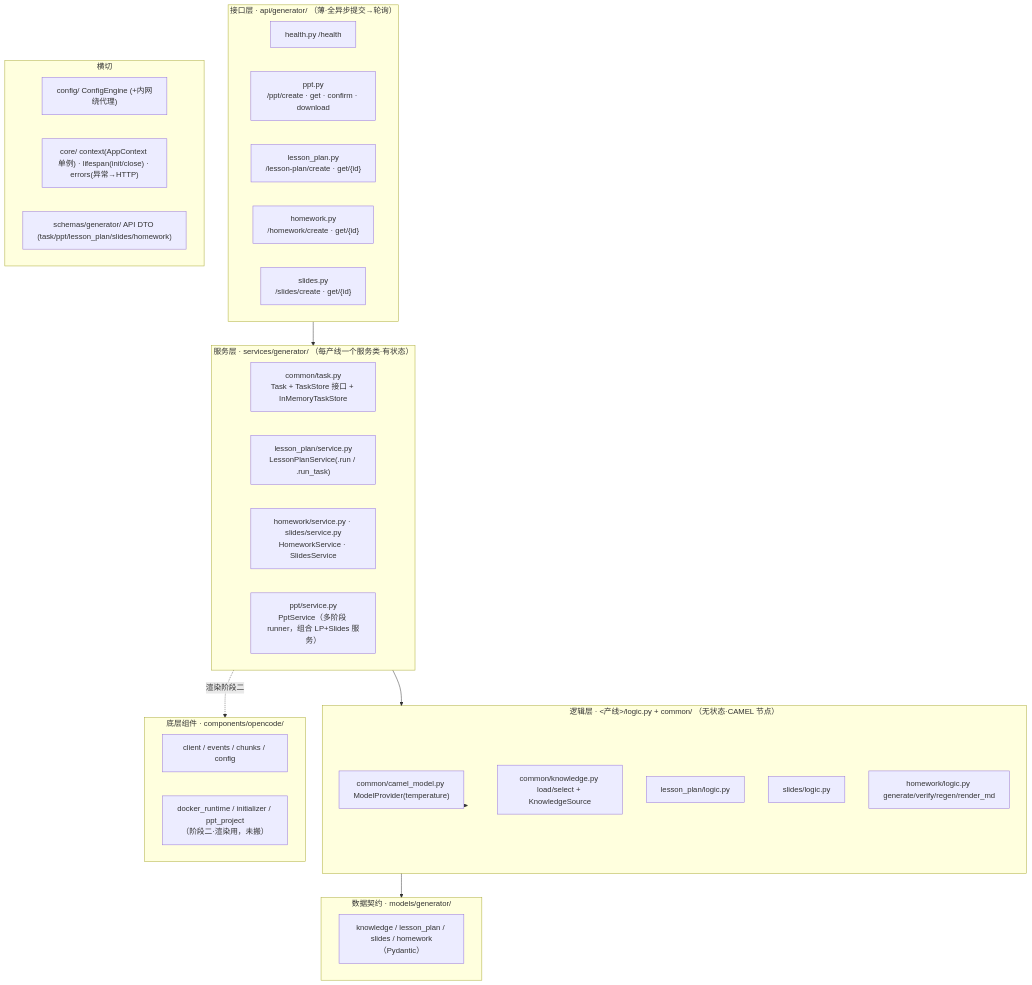
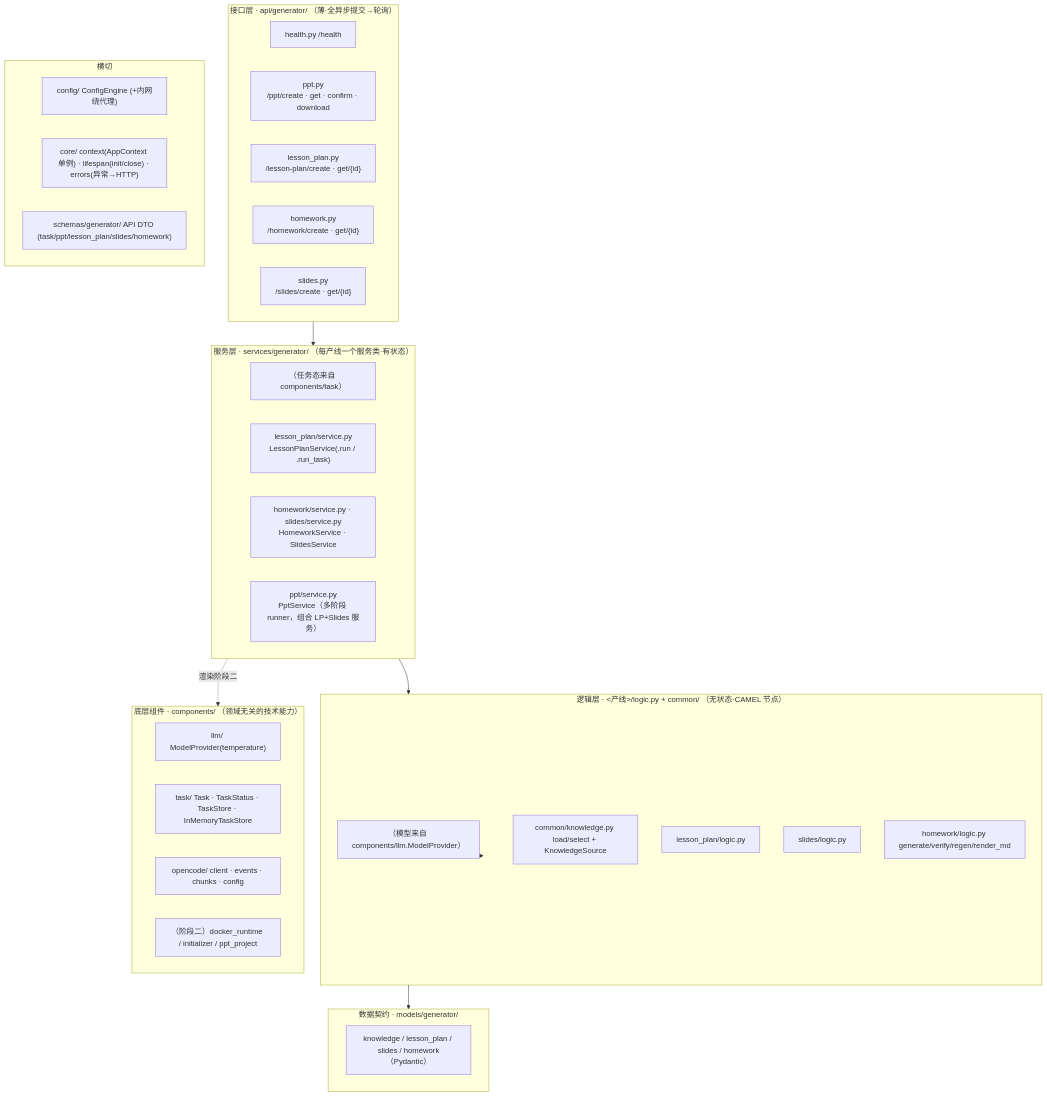
The first of 3 diagrams in docs/ARCHITECTURE_AND_PLAN.md (comet-7x/opencode-ppt), drawn with Mermaid before and after one commit. The commit also changed other lines of this file and 18 other files, not shown here.

````diff
--- a/docs/ARCHITECTURE_AND_PLAN.md
+++ b/docs/ARCHITECTURE_AND_PLAN.md
@@ -28,45 +28,47 @@
 ```mermaid
 flowchart TB
     subgraph API["接口层 · api/generator/ （薄·全异步提交→轮询）"]
         A0["health.py /health"]
         A1["ppt.py<br/>/ppt/create · get · confirm · download"]
         A2["lesson_plan.py<br/>/lesson-plan/create · get/{id}"]
         A3["homework.py<br/>/homework/create · get/{id}"]
         A4["slides.py<br/>/slides/create · get/{id}"]
     end
 
     subgraph SVC["服务层 · services/generator/ （每产线一个服务类·有状态）"]
-        T0["common/task.py<br/>Task + TaskStore 接口 + InMemoryTaskStore"]
+        T0["（任务态来自 components/task）"]
         S3["lesson_plan/service.py<br/>LessonPlanService(.run / .run_task)"]
         S4["homework/service.py · slides/service.py<br/>HomeworkService · SlidesService"]
         S2["ppt/service.py<br/>PptService（多阶段 runner，组合 LP+Slides 服务）"]
     end
 
     subgraph LOGIC["逻辑层 · <产线>/logic.py + common/ （无状态·CAMEL 节点）"]
-        L0["common/camel_model.py ModelProvider(temperature)"]
+        L0["（模型来自 components/llm.ModelProvider）"]
         L1["common/knowledge.py load/select + KnowledgeSource"]
         L2["lesson_plan/logic.py"]
         L3["slides/logic.py"]
         L4["homework/logic.py generate/verify/regen/render_md"]
     end
 
     subgraph DATA["数据契约 · models/generator/"]
         D1["knowledge / lesson_plan / slides / homework（Pydantic）"]
     end
 
-    subgraph COMP["底层组件 · components/opencode/"]
-        C1["client / events / chunks / config"]
-        C2["docker_runtime / initializer / ppt_project<br/>（阶段二·渲染用，未搬）"]
+    subgraph COMP["底层组件 · components/ （领域无关的技术能力）"]
+        C0["llm/ ModelProvider(temperature)"]
+        C3["task/ Task · TaskStatus · TaskStore · InMemoryTaskStore"]
+        C1["opencode/ client · events · chunks · config"]
+        C2["（阶段二）docker_runtime / initializer / ppt_project"]
     end
 
     API --> SVC --> LOGIC
     LOGIC --> DATA
     LOGIC --> L0
     SVC -.渲染阶段二.-> COMP
 
     subgraph CROSS["横切"]
         X1["config/ ConfigEngine (+内网绕代理)"]
         X2["core/ context(AppContext 单例) · lifespan(init/close) · errors(异常→HTTP)"]
         X3["schemas/generator/ API DTO (task/ppt/lesson_plan/slides/homework)"]
     end
 ```
````
